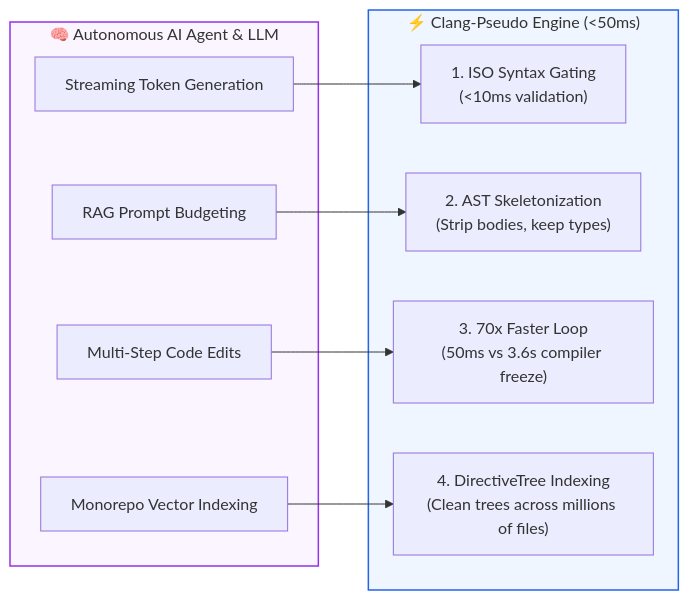
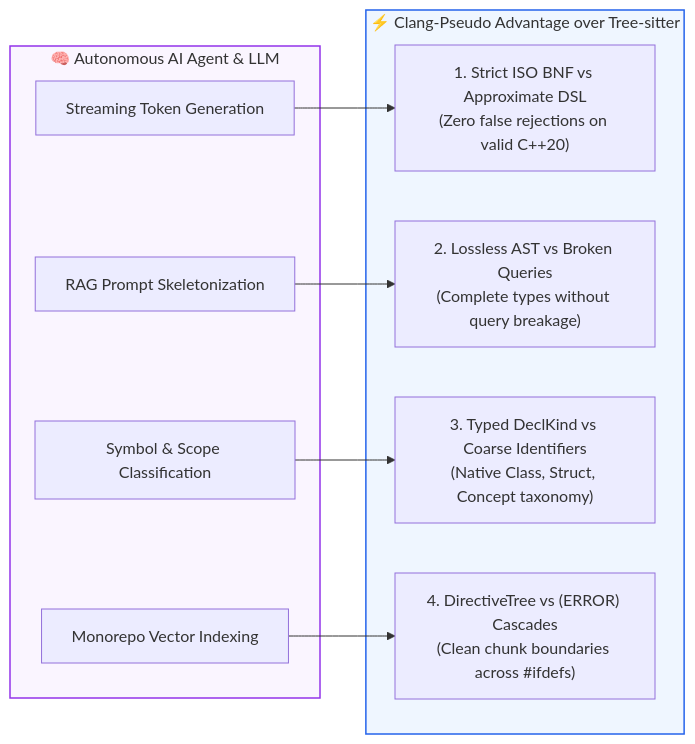
One commit to ArcsinX/llvm-project changed the third of 4 diagrams in clang-tools-extra/clangd/presentation_clangd_pseudoparser.md. Above: the diagram before and after it, drawn with Mermaid. The commit also changed other lines of this file and 1 other file, not shown here.

````diff
--- a/clang-tools-extra/clangd/presentation_clangd_pseudoparser.md
+++ b/clang-tools-extra/clangd/presentation_clangd_pseudoparser.md
@@ -243,24 +243,24 @@
 ```mermaid
 flowchart LR
     subgraph AI["🧠 Autonomous AI Agent & LLM"]
         A1["Streaming Token Generation"]
-        A2["RAG Prompt Budgeting"]
-        A3["Multi-Step Code Edits"]
+        A2["RAG Prompt Skeletonization"]
+        A3["Symbol & Scope Classification"]
         A4["Monorepo Vector Indexing"]
     end
 
-    subgraph Engine["⚡ Clang-Pseudo Engine (&lt;50ms)"]
-        E1["1. ISO Syntax Gating\n(&lt;10ms validation)"]
-        E2["2. AST Skeletonization\n(Strip bodies, keep types)"]
-        E3["3. 70x Faster Loop\n(50ms vs 3.6s compiler freeze)"]
-        E4["4. DirectiveTree Indexing\n(Clean trees across millions of files)"]
+    subgraph PseudoAdvantage["⚡ Clang-Pseudo Advantage over Tree-sitter"]
+        E1["1. Strict ISO BNF vs Approximate DSL\n(Zero false rejections on valid C++20)"]
+        E2["2. Lossless AST vs Broken Queries\n(Complete types without query breakage)"]
+        E3["3. Typed DeclKind vs Coarse Identifiers\n(Native Class, Struct, Concept taxonomy)"]
+        E4["4. DirectiveTree vs (ERROR) Cascades\n(Clean chunk boundaries across #ifdefs)"]
     end
 
     A1 --> E1
     A2 --> E2
     A3 --> E3
     A4 --> E4
 
     style AI fill:#faf5ff,stroke:#9333ea,stroke-width:1.5px
-    style Engine fill:#eff6ff,stroke:#2563eb,stroke-width:1.5px
+    style PseudoAdvantage fill:#eff6ff,stroke:#2563eb,stroke-width:1.5px
 ```
````
